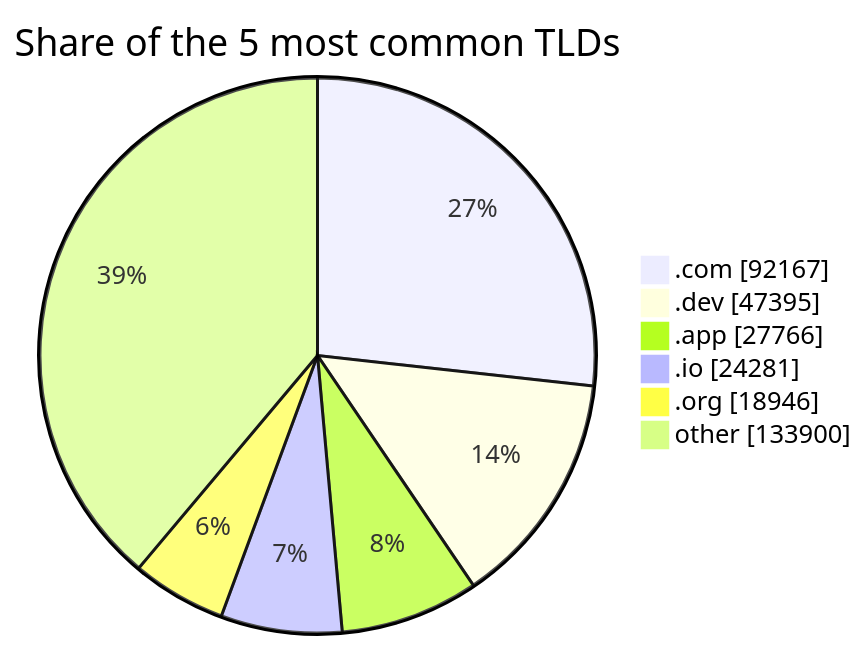
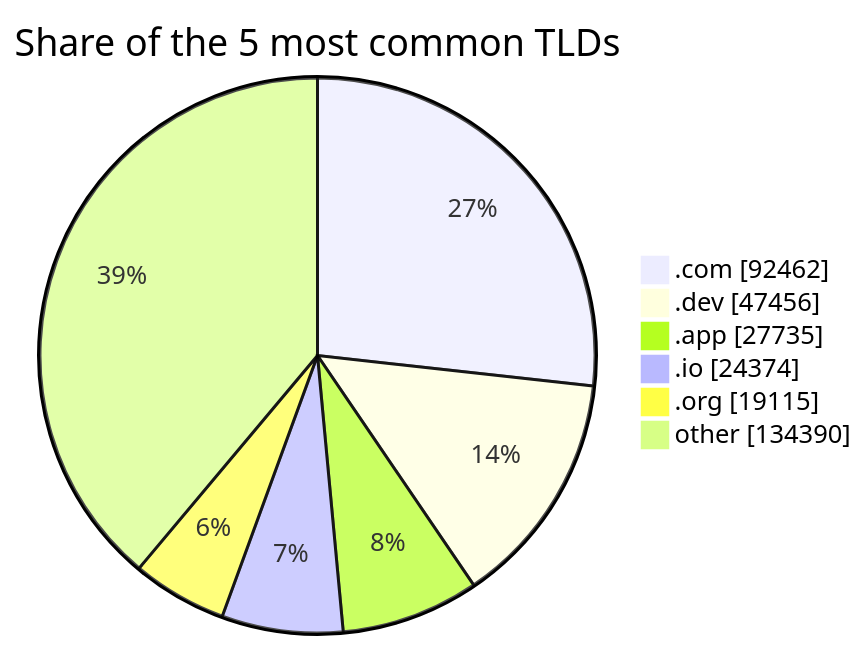
One commit to DNSBunker/CTI changed the third of 3 diagrams in README.md. Above: the diagram before and after it, drawn with Mermaid. The commit also changed other lines of this file and 3 other files, not shown here.

````diff
--- a/README.md
+++ b/README.md
@@ -81,9 +81,9 @@
 ```mermaid
 pie showData title Share of the 5 most common TLDs
-    ".com" : 92167
-    ".dev" : 47395
-    ".app" : 27766
-    ".io" : 24281
-    ".org" : 18946
-    "other" : 133900
+    ".com" : 92462
+    ".dev" : 47456
+    ".app" : 27735
+    ".io" : 24374
+    ".org" : 19115
+    "other" : 134390
 ```
````
